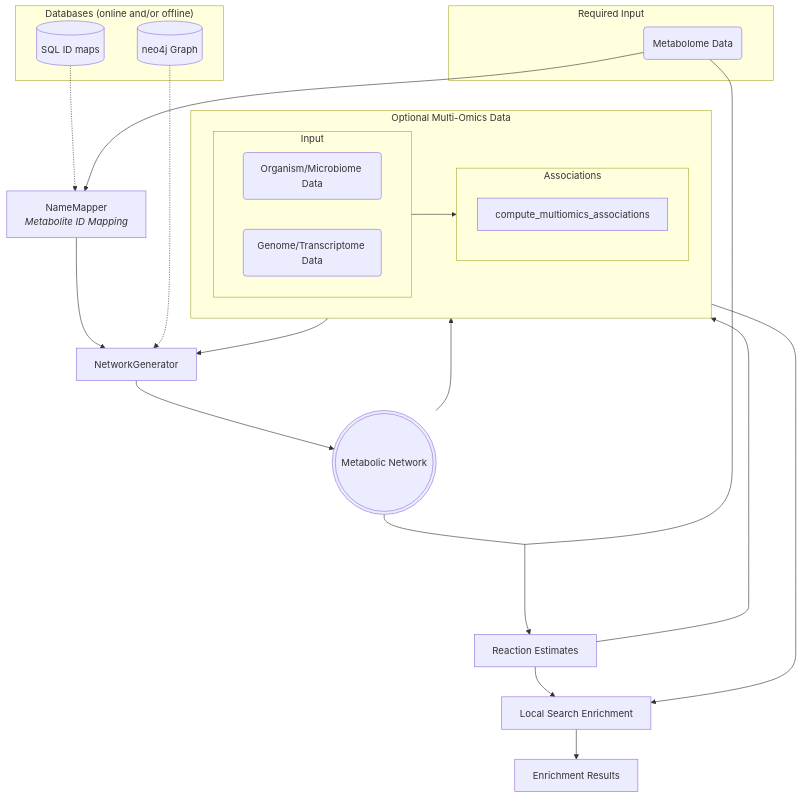
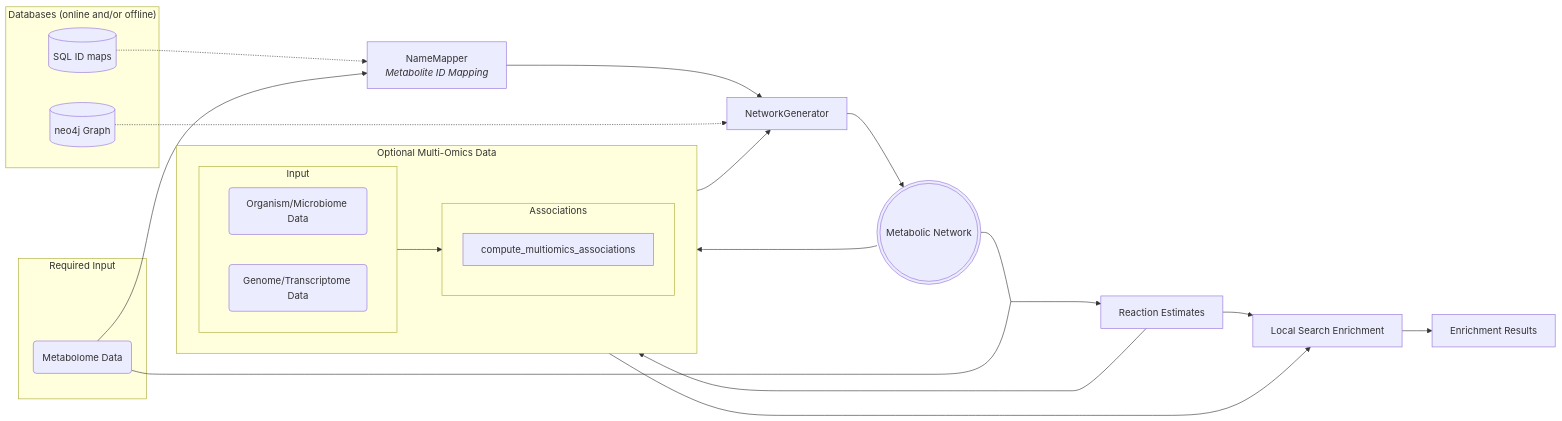
Before and after one commit to LipiTUM/pymantra: the diagram in README.md, drawn with Mermaid. The commit also changed other lines of this file and 1 other file, not shown here.

````diff
--- a/README.md
+++ b/README.md
@@ -29,49 +29,49 @@
 ```mermaid
-flowchart TD
+flowchart LR
 
 
 subgraph in[Required Input]
     met(Metabolome Data)
 end
 
 subgraph opt[Optional Multi-Omics Data]
     direction LR
     subgraph opti[Input]
         direction LR
         org(Organism/Microbiome Data)
         cat(Genome/Transcriptome Data)
     end
     subgraph optc[Associations]
         associ[compute_multiomics_associations]
     end
 end
 
 subgraph db["Databases (online and/or offline)"]
     neo4j[(neo4j Graph)]
     sql[(SQL ID maps)]
 end
 
 namemap[NameMapper<br><i>Metabolite ID Mapping</i>]
 netgen[NetworkGenerator]
 metnet(((Metabolic Network)))
 
 
 estimates[Reaction Estimates]
 lso[Local Search Enrichment]
 res[Enrichment Results]
 reac[ ]
 
 sql -.-> namemap
 met --> namemap --> netgen
 neo4j -.-> netgen
 
 opti --> netgen --> metnet
 
 metnet & opti & estimates --> optc
 metnet & met --- reac ----> estimates
 
 
 estimates & optc --> lso --> res
 
 style reac width:0px,height:0px
 ```
````
